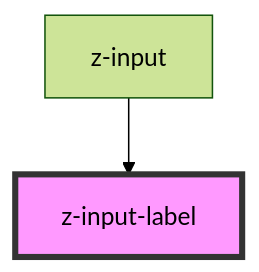
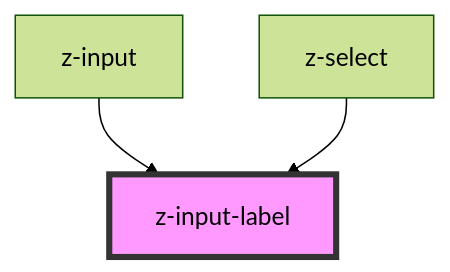
The diagram in src/components/inputs/z-input-label/readme.md (ZanichelliEditore/design-system), drawn with Mermaid (forest theme) before and after one commit. The commit also changed other lines of this file and 11 other files, not shown here.

````diff
--- a/src/components/inputs/z-input-label/readme.md
+++ b/src/components/inputs/z-input-label/readme.md
@@ -23,5 +24,6 @@
 ```mermaid
 graph TD;
   z-input --> z-input-label
+  z-select --> z-input-label
   style z-input-label fill:#f9f,stroke:#333,stroke-width:4px
 ```
````
